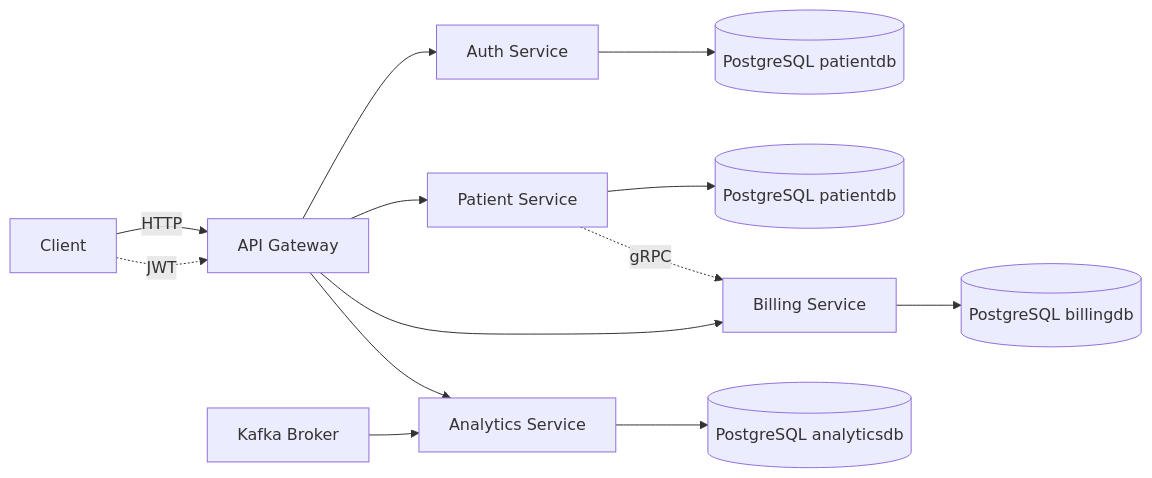
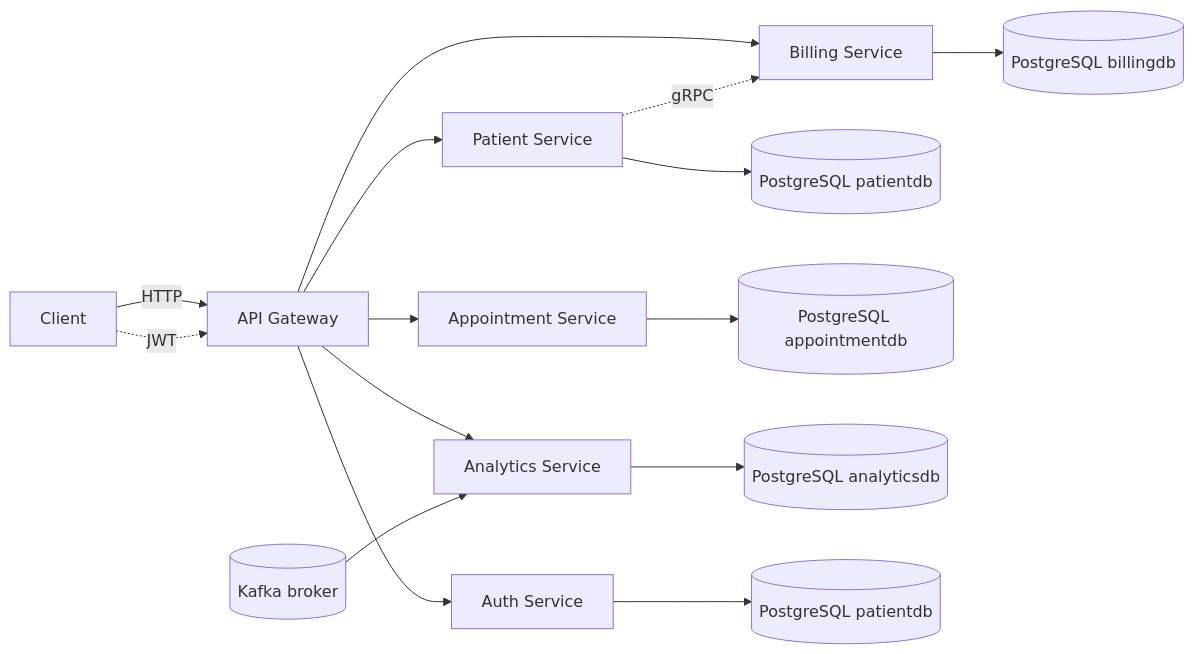
Before and after one commit to meena-ramachandran/PatientManagementSystem: the diagram in README.md, drawn with Mermaid. The commit also changed other lines of this file and 203 other files, not shown here.

Commit message:
adding appointment-service

````diff
--- a/README.md
+++ b/README.md
@@ -185,15 +200,17 @@
 ```mermaid
 flowchart LR
-    client[Client] -->|HTTP| gateway[API Gateway]
-    gateway --> auth[Auth Service]
-    gateway --> patient[Patient Service]
-    gateway --> billing[Billing Service]
-    gateway --> analytics[Analytics Service]
-    billing --> billingdb[(PostgreSQL billingdb)]
-    analytics --> analyticsdb[(PostgreSQL analyticsdb)]
-    patient --> patientdb[(PostgreSQL patientdb)]
-    auth --> authdb[(PostgreSQL patientdb)]
-    patient -. gRPC .-> billing
-    kafka[Kafka Broker] --> analytics
-    client -. JWT .-> gateway
+    Client -->|HTTP| Gateway[API Gateway]
+    Gateway --> Auth[Auth Service]
+    Gateway --> Patient[Patient Service]
+    Gateway --> Billing[Billing Service]
+    Gateway --> Appointment[Appointment Service]
+    Gateway --> Analytics[Analytics Service]
+    Patient -. gRPC .-> Billing
+    Billing --> BillingDB[(PostgreSQL billingdb)]
+    Patient --> PatientDB[(PostgreSQL patientdb)]
+    Appointment --> AppointmentDB[(PostgreSQL appointmentdb)]
+    Analytics --> AnalyticsDB[(PostgreSQL analyticsdb)]
+    Kafka[(Kafka broker)] --> Analytics
+    Auth --> AuthDB[(PostgreSQL patientdb)]
+    Client -. JWT .-> Gateway
 ```
````
